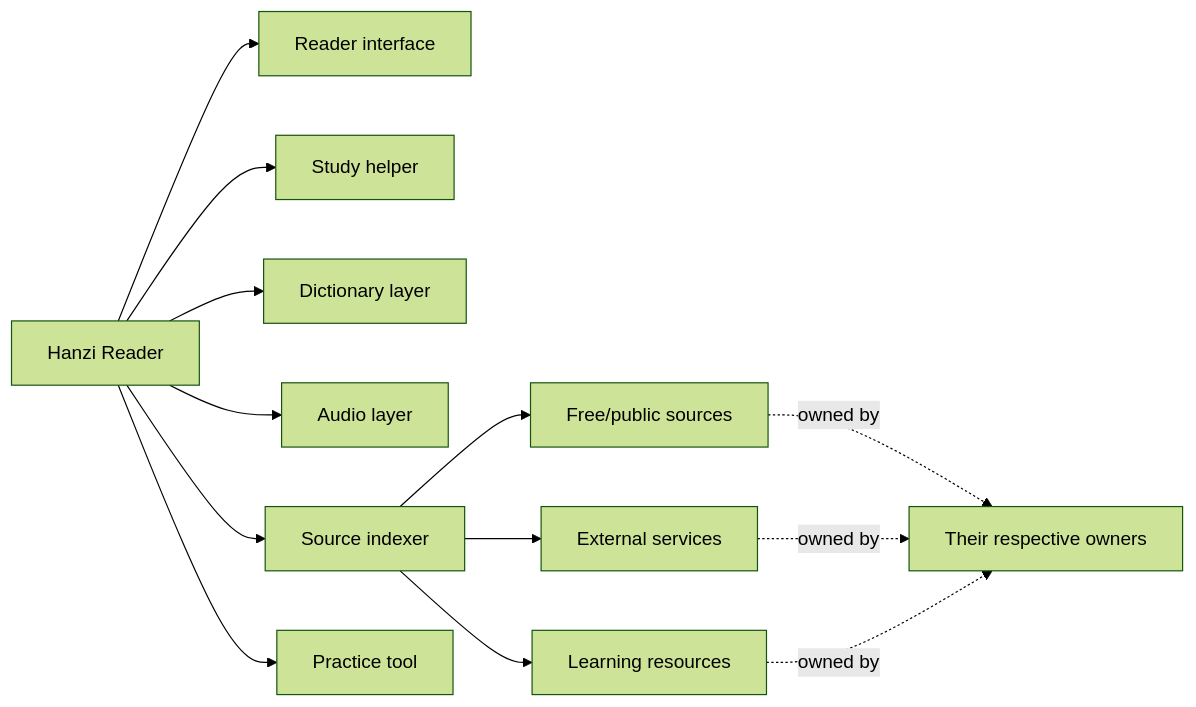
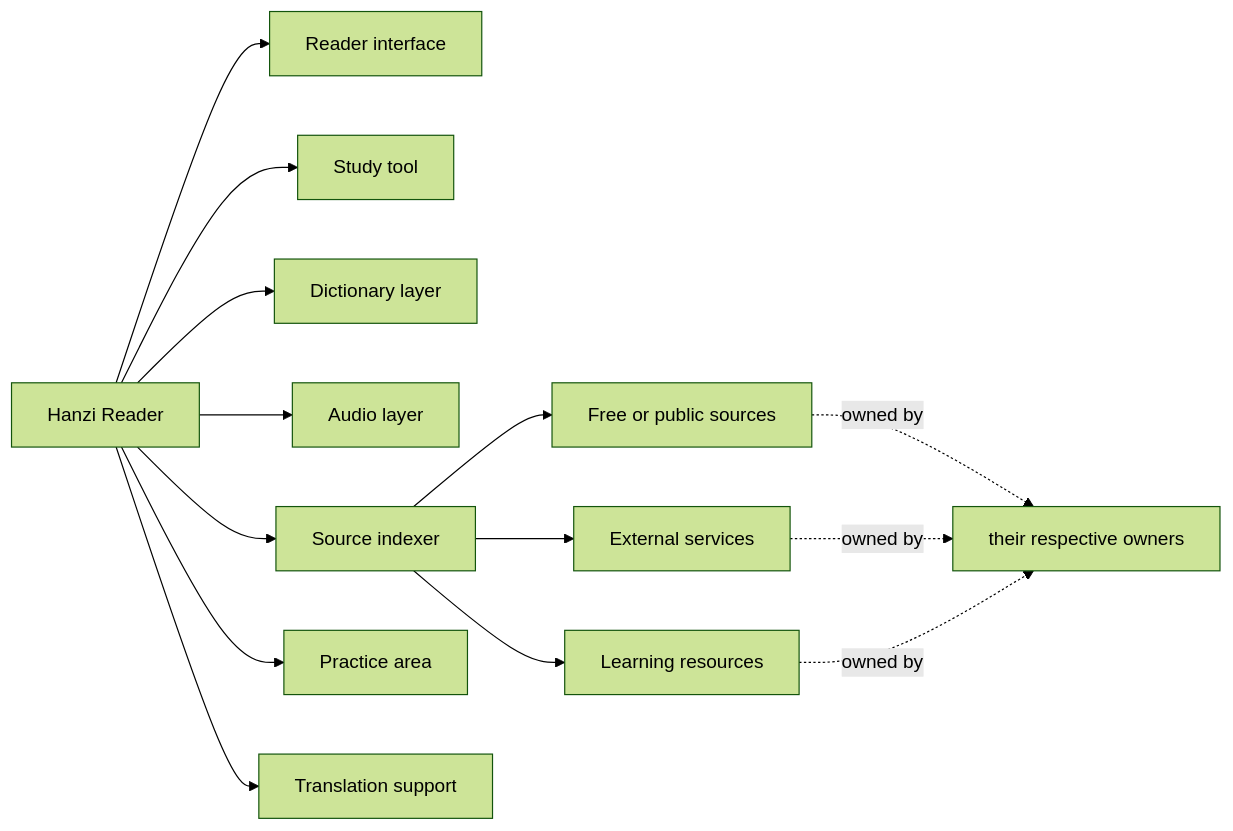
The sixth of 8 diagrams in README.md (HyakkimaruPY/Hanzi-Reader), drawn with Mermaid (forest theme) before and after one commit. The commit also changed other lines of this file, not shown here.

````diff
--- a/README.md
+++ b/README.md
@@ -163,17 +205,18 @@
 ```mermaid
 graph LR
-    A[Hanzi Reader] --> B[Reader interface]
-    A --> C[Study helper]
-    A --> D[Dictionary layer]
-    A --> E[Audio layer]
-    A --> F[Source indexer]
-    A --> G[Practice tool]
+    A["Hanzi Reader"] --> B["Reader interface"]
+    A --> C["Study tool"]
+    A --> D["Dictionary layer"]
+    A --> E["Audio layer"]
+    A --> F["Source indexer"]
+    A --> G["Practice area"]
+    A --> H["Translation support"]
 
-    F --> H[Free/public sources]
-    F --> I[External services]
-    F --> J[Learning resources]
+    F --> I["Free or public sources"]
+    F --> J["External services"]
+    F --> K["Learning resources"]
 
-    H -.owned by.-> K[Their respective owners]
-    I -.owned by.-> K
-    J -.owned by.-> K
+    I -. "owned by" .-> L["their respective owners"]
+    J -. "owned by" .-> L
+    K -. "owned by" .-> L
 ```
````
